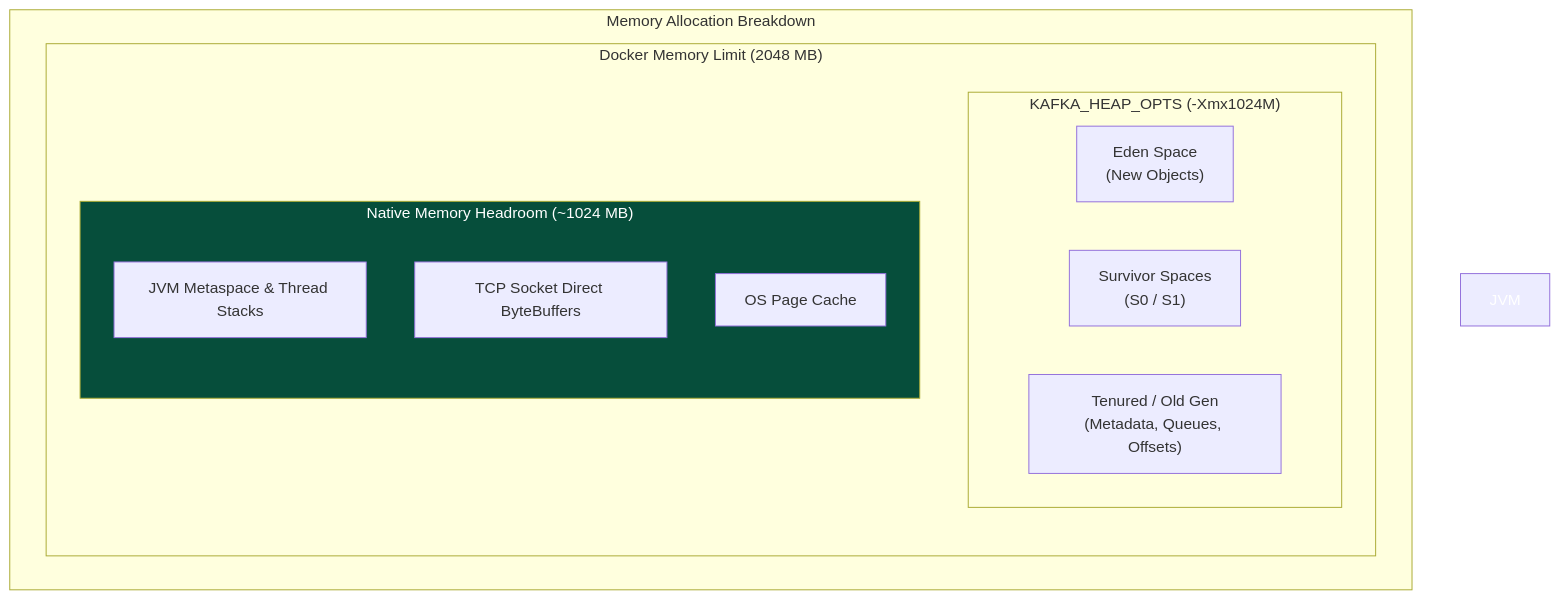
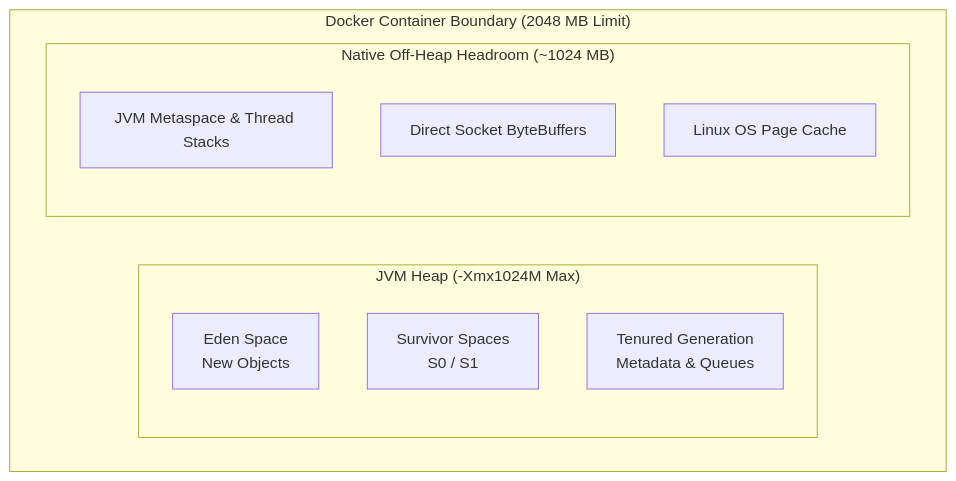
Before and after one commit to Chief-Strategist-J/llm-obs-infra: the fourth of 12 diagrams in docs/configDoc/kafka-configuration-guide.md, drawn with Mermaid. The commit also changed other lines of this file, not shown here.

Commit message:
docs(kafka): fix Mermaid diagram rendering syntax and convert parameter breakdowns to structured Markdown tables

````diff
--- a/docs/configDoc/kafka-configuration-guide.md
+++ b/docs/configDoc/kafka-configuration-guide.md
@@ -142,20 +87,15 @@
 ```mermaid
 graph TB
-    subgraph Memory Allocation Breakdown
-        subgraph Container Limit ["Docker Memory Limit (2048 MB)"]
-            subgraph JVM Heap ["KAFKA_HEAP_OPTS (-Xmx1024M)"]
-                Eden["Eden Space<br/>(New Objects)"]
-                Survivor["Survivor Spaces<br/>(S0 / S1)"]
-                Tenured["Tenured / Old Gen<br/>(Metadata, Queues, Offsets)"]
-            end
-            subgraph OffHeap ["Native Memory Headroom (~1024 MB)"]
-                Metaspace["JVM Metaspace & Thread Stacks"]
-                SocketBuffers["TCP Socket Direct ByteBuffers"]
-                PageCache["OS Page Cache"]
-            end
+    subgraph Container Limits ["Docker Container Boundary (2048 MB Limit)"]
+        subgraph Heap Bounds ["JVM Heap (-Xmx1024M Max)"]
+            Eden["Eden Space<br/>New Objects"]
+            Survivor["Survivor Spaces<br/>S0 / S1"]
+            Tenured["Tenured Generation<br/>Metadata & Queues"]
+        end
+        subgraph Native Bounds ["Native Off-Heap Headroom (~1024 MB)"]
+            Metaspace["JVM Metaspace & Thread Stacks"]
+            Buffers["Direct Socket ByteBuffers"]
+            PageCache["Linux OS Page Cache"]
         end
     end
-
-    style JVM Heap fill:#1e1b4b,color:#fff
-    style OffHeap fill:#064e3b,color:#fff
 ```
````
